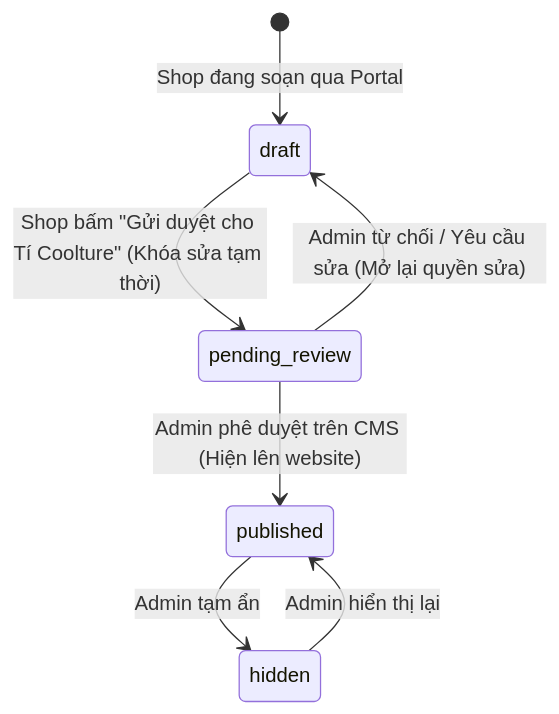
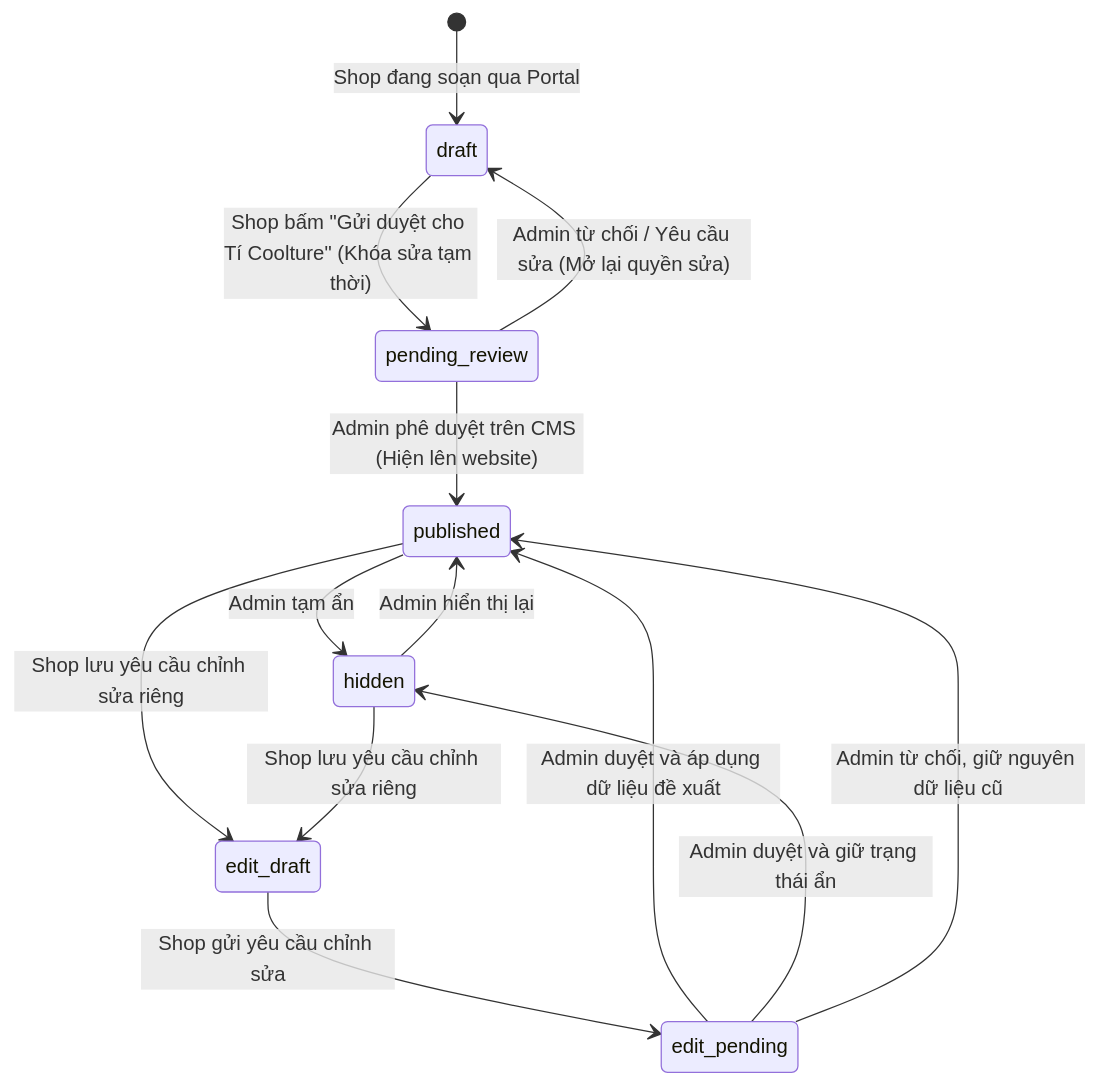
Before and after one commit to lelocle3924/ti-coolture: the second of 2 diagrams in docs/BACKEND-SRS.md, drawn with Mermaid. The commit also changed other lines of this file and 7 other files, not shown here.

````diff
--- a/docs/BACKEND-SRS.md
+++ b/docs/BACKEND-SRS.md
@@ -162,9 +162,15 @@
 ```mermaid
 stateDiagram-v2
     [*] --> draft: Shop đang soạn qua Portal
     draft --> pending_review: Shop bấm "Gửi duyệt cho Tí Coolture" (Khóa sửa tạm thời)
     pending_review --> published: Admin phê duyệt trên CMS (Hiện lên website)
     pending_review --> draft: Admin từ chối / Yêu cầu sửa (Mở lại quyền sửa)
     published --> hidden: Admin tạm ẩn
     hidden --> published: Admin hiển thị lại
+    published --> edit_draft: Shop lưu yêu cầu chỉnh sửa riêng
+    hidden --> edit_draft: Shop lưu yêu cầu chỉnh sửa riêng
+    edit_draft --> edit_pending: Shop gửi yêu cầu chỉnh sửa
+    edit_pending --> published: Admin duyệt và áp dụng dữ liệu đề xuất
+    edit_pending --> hidden: Admin duyệt và giữ trạng thái ẩn
+    edit_pending --> published: Admin từ chối, giữ nguyên dữ liệu cũ
 ```
````
